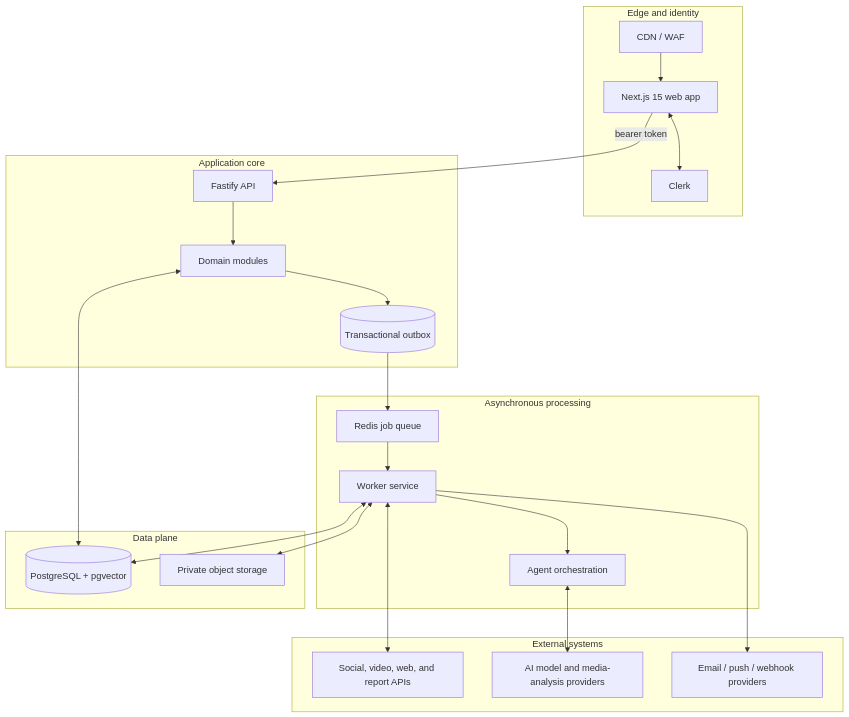
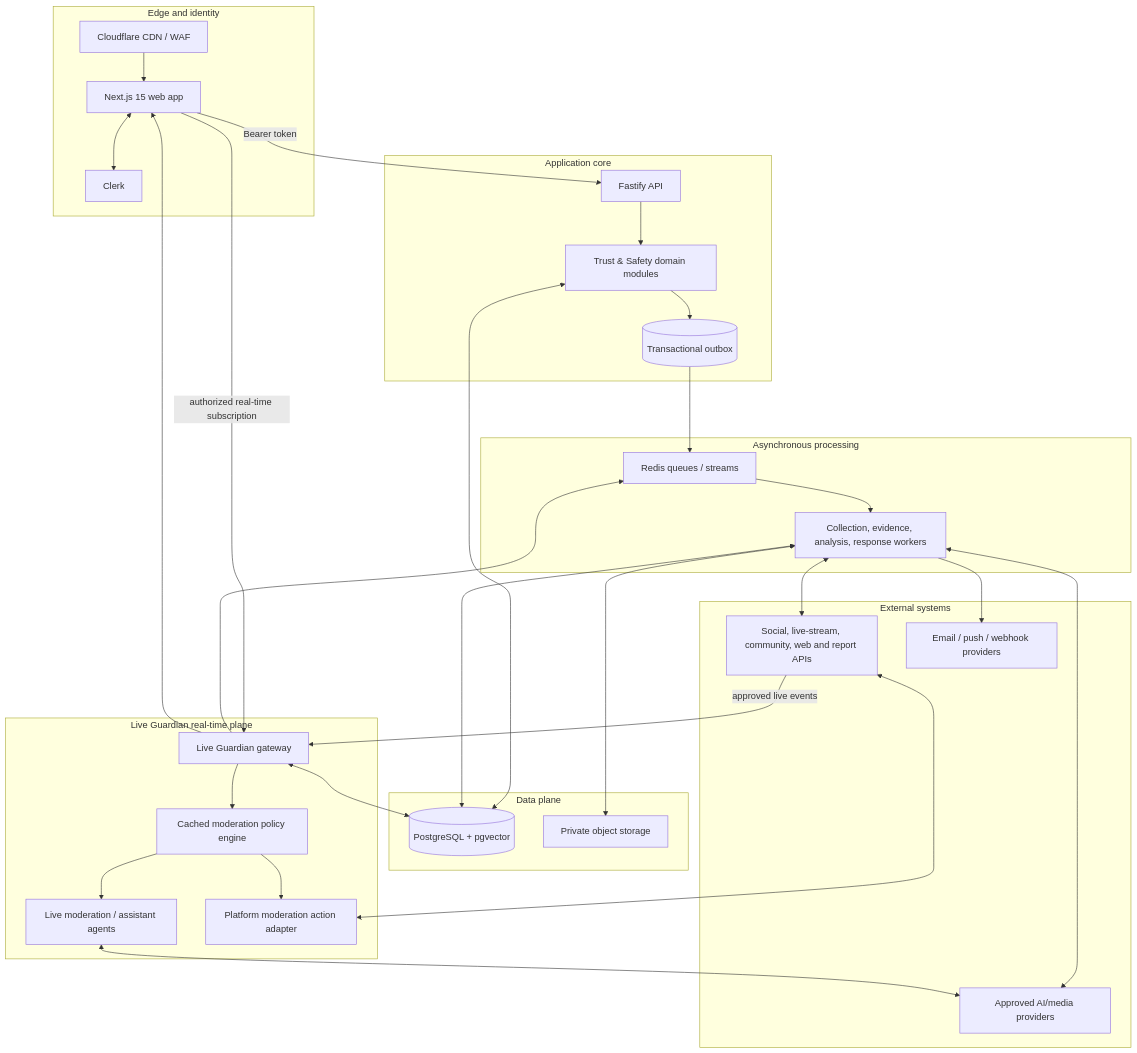
Before and after one commit to lakhanahirraodev-arch/aegis-ai: the diagram in docs/architecture.md, drawn with Mermaid. The commit also changed other lines of this file and 4 other files, not shown here.

Commit message:
feat: add Live Guardian architecture and real-time moderation

````diff
--- a/docs/architecture.md
+++ b/docs/architecture.md
@@ -11,41 +13,55 @@
 ```mermaid
 flowchart TB
-  subgraph Edge[Edge and identity]
-    CDN[CDN / WAF]
-    WEB[Next.js 15 web app]
-    CLERK[Clerk]
+  subgraph Edge["Edge and identity"]
+    CDN["Cloudflare CDN / WAF"]
+    WEB["Next.js 15 web app"]
+    CLERK["Clerk"]
   end
-  subgraph Core[Application core]
-    API[Fastify API]
-    DOMAIN[Domain modules]
-    OUTBOX[(Transactional outbox)]
+  subgraph Core["Application core"]
+    API["Fastify API"]
+    DOMAIN["Trust & Safety domain modules"]
+    OUTBOX[("Transactional outbox")]
   end
-  subgraph Async[Asynchronous processing]
-    QUEUE[Redis job queue]
-    WORKER[Worker service]
-    AGENTS[Agent orchestration]
+  subgraph Realtime["Live Guardian real-time plane"]
+    LIVE["Live Guardian gateway"]
+    POLICY["Cached moderation policy engine"]
+    MOD["Live moderation / assistant agents"]
+    ACTION["Platform moderation action adapter"]
   end
-  subgraph Data[Data plane]
-    DB[(PostgreSQL + pgvector)]
-    BLOB[Private object storage]
+  subgraph Async["Asynchronous processing"]
+    QUEUE["Redis queues / streams"]
+    WORKER["Collection, evidence, analysis, response workers"]
   end
-  subgraph External[External systems]
-    PLATFORMS[Social, video, web, and report APIs]
-    MODELS[AI model and media-analysis providers]
-    MSG[Email / push / webhook providers]
+  subgraph Data["Data plane"]
+    DB[("PostgreSQL + pgvector")]
+    BLOB["Private object storage"]
+  end
+  subgraph External["External systems"]
+    PLATFORMS["Social, live-stream, community, web and report APIs"]
+    MODELS["Approved AI/media providers"]
+    MSG["Email / push / webhook providers"]
   end
   CDN --> WEB
   WEB <--> CLERK
-  WEB -->|bearer token| API
+  WEB -->|"Bearer token"| API
+  WEB -->|"authorized real-time subscription"| LIVE
   API --> DOMAIN
   DOMAIN <--> DB
   DOMAIN --> OUTBOX
   OUTBOX --> QUEUE
   QUEUE --> WORKER
-  WORKER --> AGENTS
-  AGENTS <--> MODELS
   WORKER <--> PLATFORMS
+  WORKER <--> MODELS
   WORKER <--> BLOB
   WORKER <--> DB
   WORKER --> MSG
+  PLATFORMS -->|"approved live events"| LIVE
+  LIVE --> POLICY
+  POLICY --> MOD
+  MOD <--> MODELS
+  POLICY --> ACTION
+  ACTION <--> PLATFORMS
+  LIVE <--> DB
+  LIVE --> QUEUE
+  LIVE --> WEB
 ```
````
